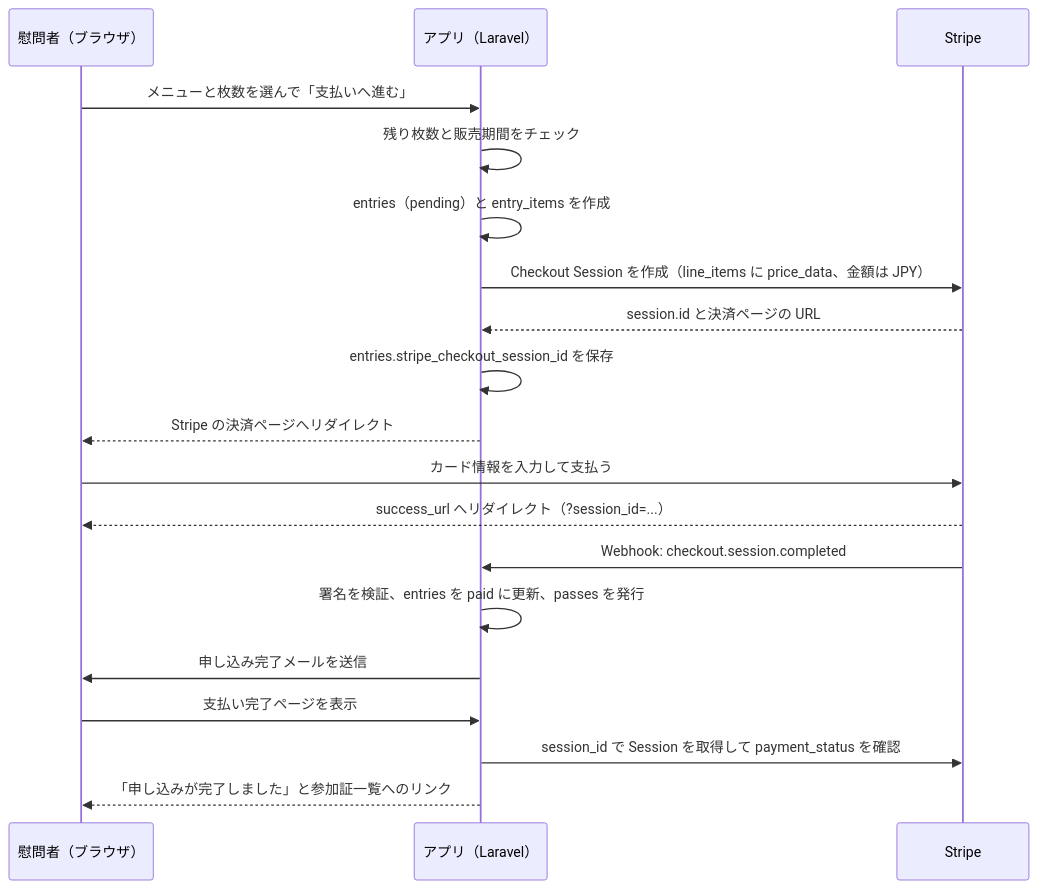
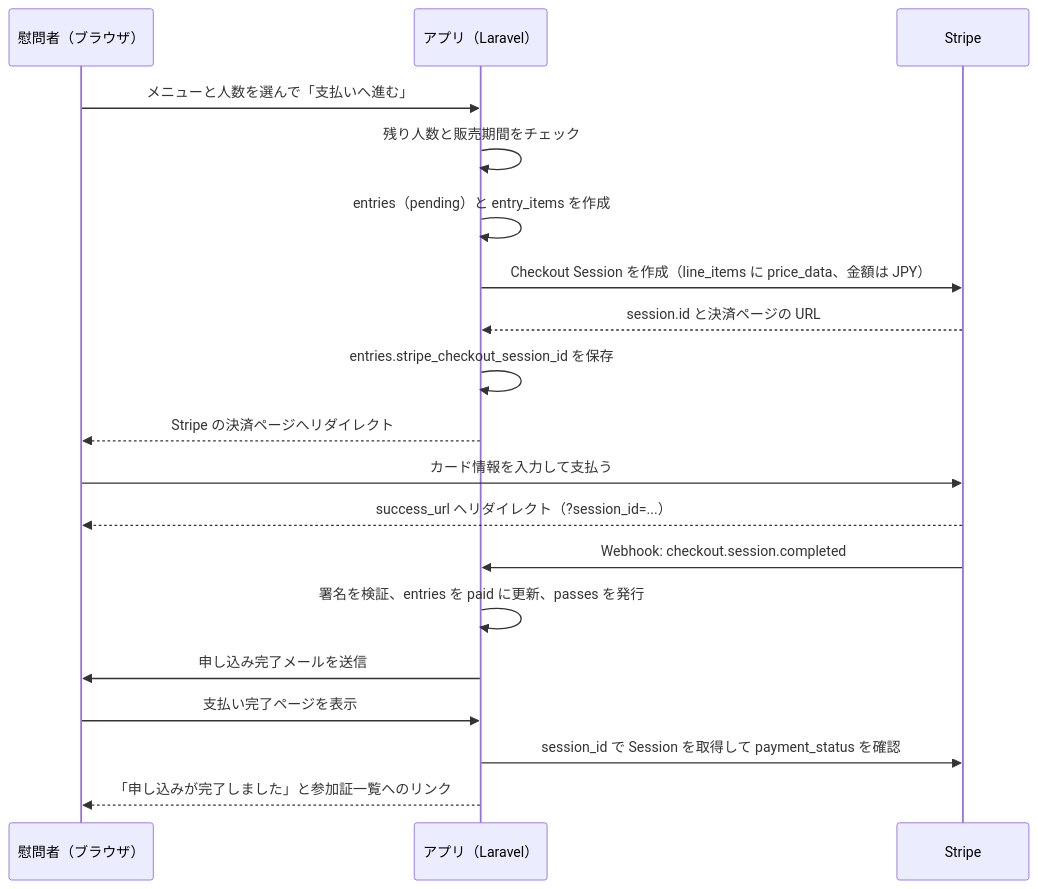
Before and after one commit to makiyok/myapp: the diagram in doc/spec/04_flows_tests_seed.md, drawn with Mermaid. The commit also changed other lines of this file and 5 other files, not shown here.

````diff
--- a/doc/spec/04_flows_tests_seed.md
+++ b/doc/spec/04_flows_tests_seed.md
@@ -7,22 +7,22 @@
 ```mermaid
 sequenceDiagram
     participant U as 慰問者（ブラウザ）
     participant A as アプリ（Laravel）
     participant S as Stripe
 
-    U->>A: メニューと枚数を選んで「支払いへ進む」
-    A->>A: 残り枚数と販売期間をチェック
+    U->>A: メニューと人数を選んで「支払いへ進む」
+    A->>A: 残り人数と販売期間をチェック
     A->>A: entries（pending）と entry_items を作成
     A->>S: Checkout Session を作成（line_items に price_data、金額は JPY）
     S-->>A: session.id と決済ページの URL
     A->>A: entries.stripe_checkout_session_id を保存
     A-->>U: Stripe の決済ページへリダイレクト
     U->>S: カード情報を入力して支払う
     S-->>U: success_url へリダイレクト（?session_id=...）
     S->>A: Webhook: checkout.session.completed
     A->>A: 署名を検証、entries を paid に更新、passes を発行
     A->>U: 申し込み完了メールを送信
     U->>A: 支払い完了ページを表示
     A->>S: session_id で Session を取得して payment_status を確認
     A-->>U: 「申し込みが完了しました」と参加証一覧へのリンク
 ```
````
